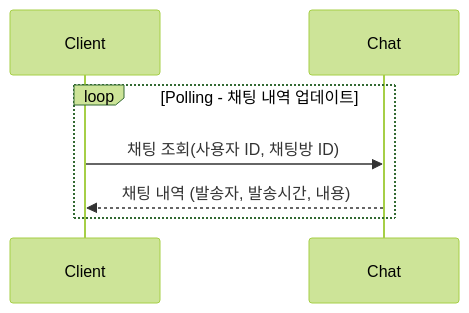
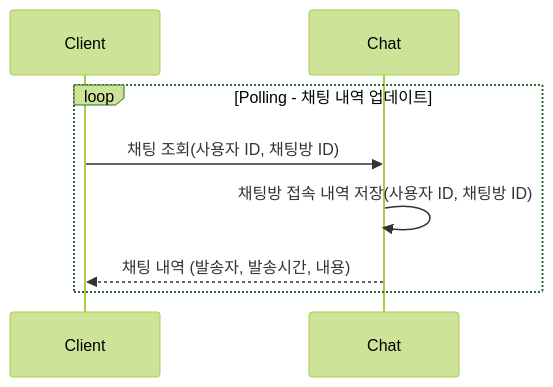
One commit to YoungWonBackendStudy/chat changed the third of 6 diagrams in README.md. Above: the diagram before and after it, drawn with Mermaid (forest theme). The commit also changed other lines of this file and 22 other files, not shown here.

````diff
--- a/README.md
+++ b/README.md
@@ -31,7 +33,8 @@
 ```mermaid
 sequenceDiagram
     loop Polling - 채팅 내역 업데이트
         Client ->> Chat: 채팅 조회(사용자 ID, 채팅방 ID)
+        Chat ->> Chat: 채팅방 접속 내역 저장(사용자 ID, 채팅방 ID)
         Chat -->> Client: 채팅 내역 (발송자, 발송시간, 내용)
     end
 ```
````
